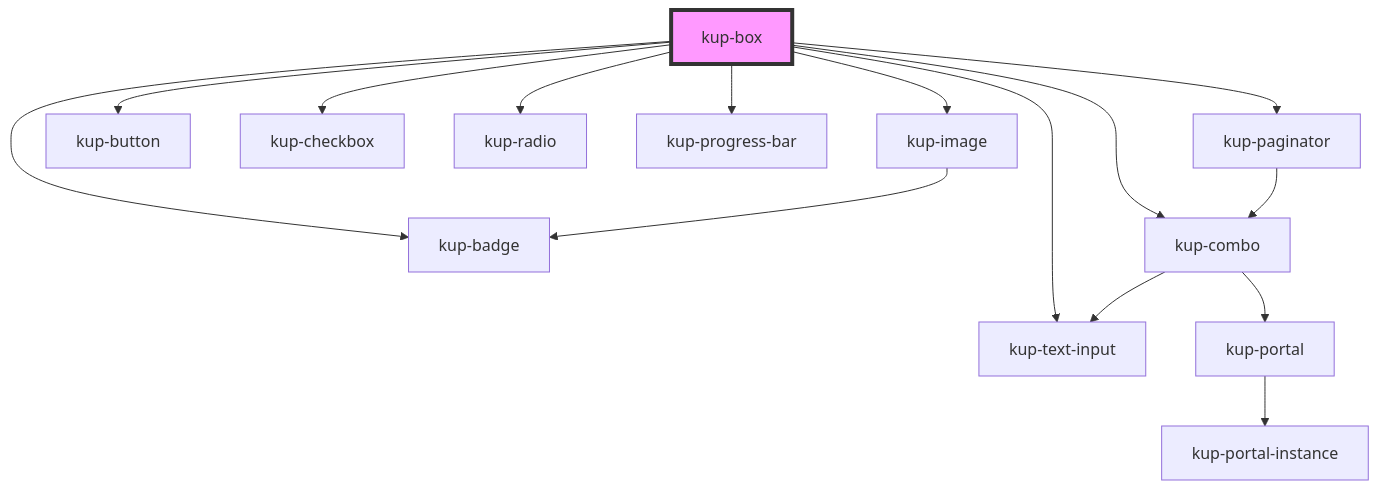
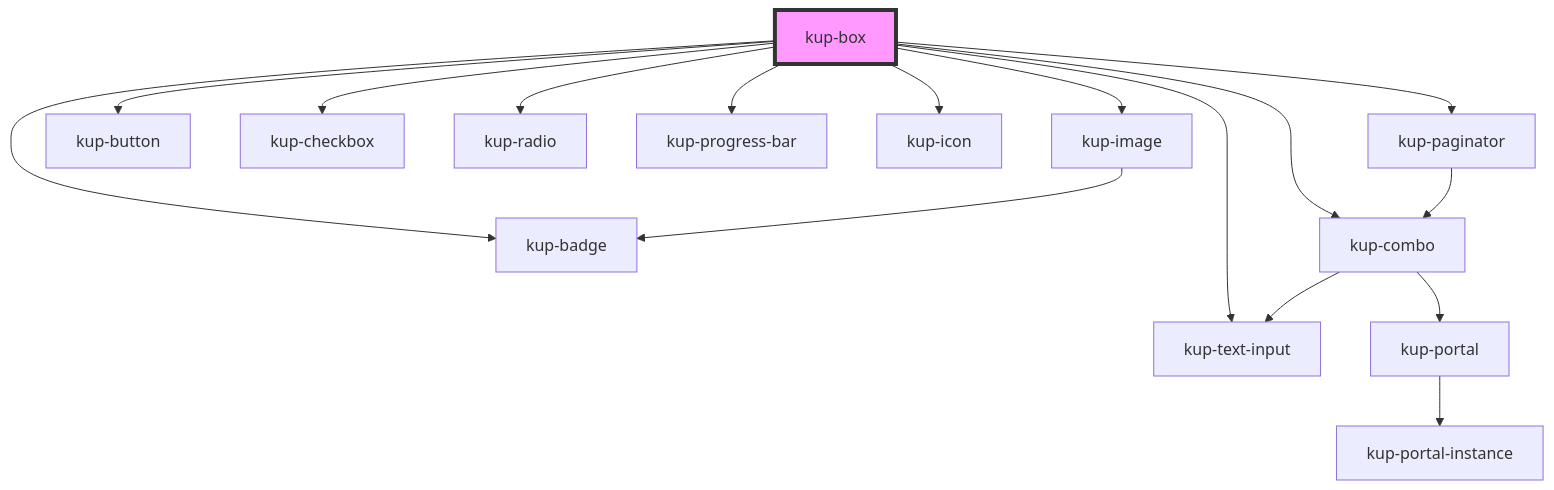
One commit to smeup/ketchup changed the diagram in packages/ketchup/src/components/kup-box/readme.md. Above: the diagram before and after it, drawn with Mermaid. The commit also changed other lines of this file and 29 other files, not shown here.

Commit message:
kup box missing impls: box icons

````diff
--- a/packages/ketchup/src/components/kup-box/readme.md
+++ b/packages/ketchup/src/components/kup-box/readme.md
@@ -84,18 +85,19 @@
 ```mermaid
 graph TD;
   kup-box --> kup-badge
   kup-box --> kup-image
   kup-box --> kup-button
   kup-box --> kup-checkbox
   kup-box --> kup-radio
   kup-box --> kup-text-input
   kup-box --> kup-progress-bar
+  kup-box --> kup-icon
   kup-box --> kup-combo
   kup-box --> kup-paginator
   kup-image --> kup-badge
   kup-combo --> kup-text-input
   kup-combo --> kup-portal
   kup-portal --> kup-portal-instance
   kup-paginator --> kup-combo
   style kup-box fill:#f9f,stroke:#333,stroke-width:4px
 ```
````
